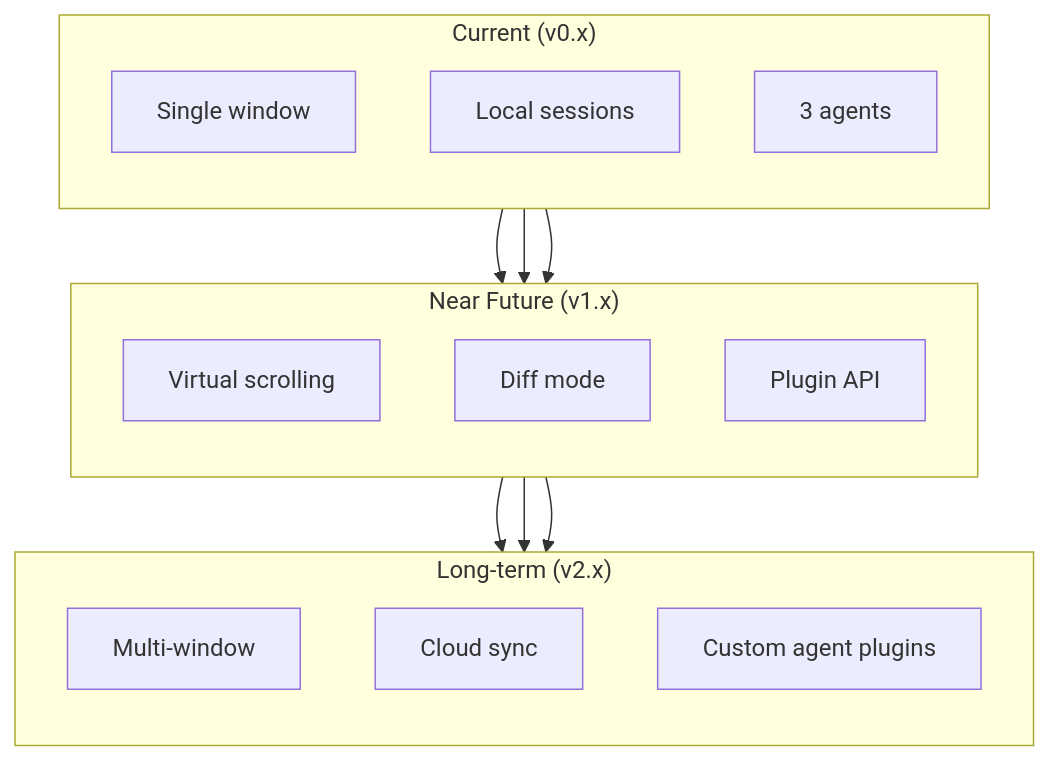
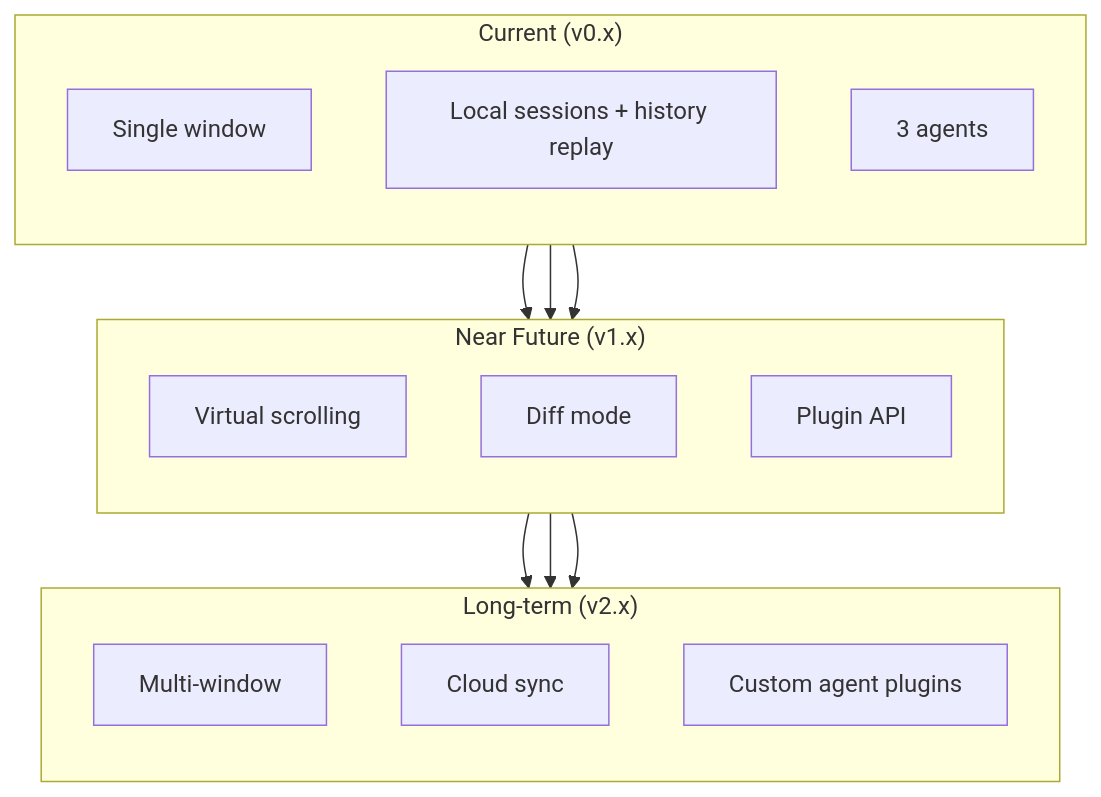
Diagram 21 of 22 in docs/demo/demo.md (BobDLA/cliv), drawn with Mermaid before and after one commit. The commit also changed other lines of this file and 44 other files, not shown here.

````diff
--- a/docs/demo/demo.md
+++ b/docs/demo/demo.md
@@ -1086,30 +1200,30 @@
 ```mermaid
 graph TB
     subgraph "Current (v0.x)"
         direction TB
         C1["Single window"]
-        C2["Local sessions"]
+        C2["Local sessions + history replay"]
         C3["3 agents"]
     end
 
     subgraph "Near Future (v1.x)"
         direction TB
         F1["Virtual scrolling"]
         F2["Diff mode"]
         F3["Plugin API"]
     end
 
     subgraph "Long-term (v2.x)"
         direction TB
         L1["Multi-window"]
         L2["Cloud sync"]
         L3["Custom agent plugins"]
     end
 
     C1 --> F1
     C2 --> F2
     C3 --> F3
     F1 --> L1
     F2 --> L2
     F3 --> L3
 ```
````
